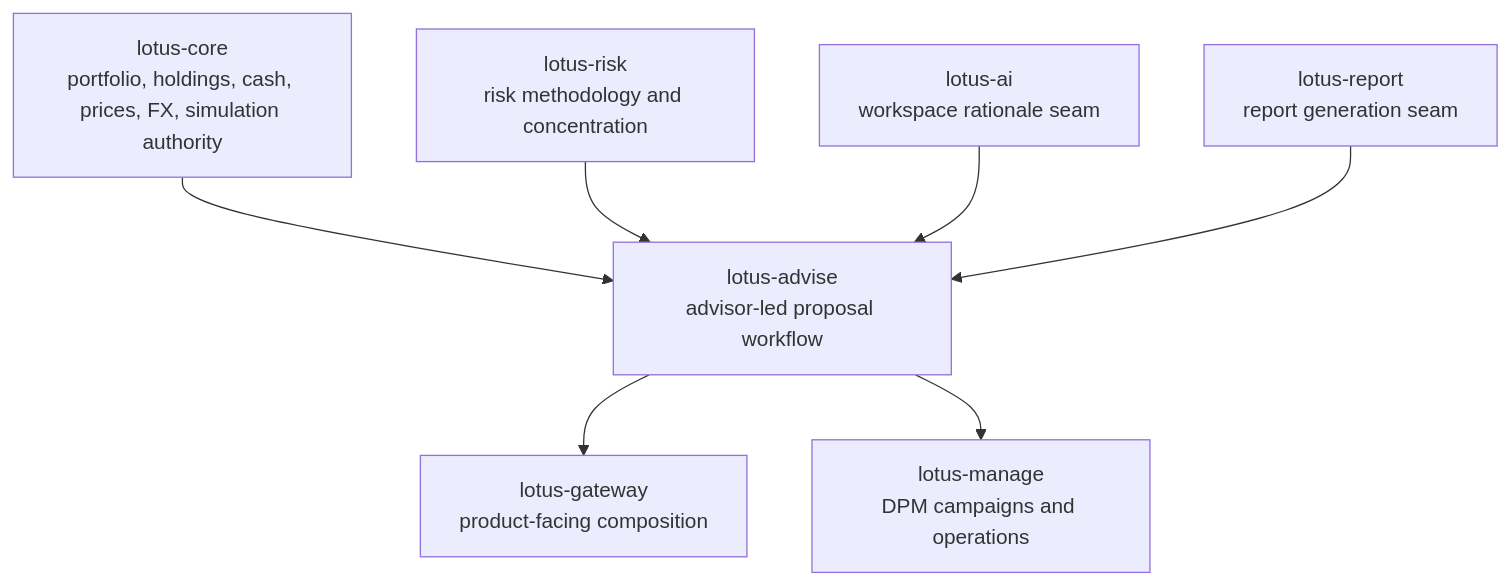
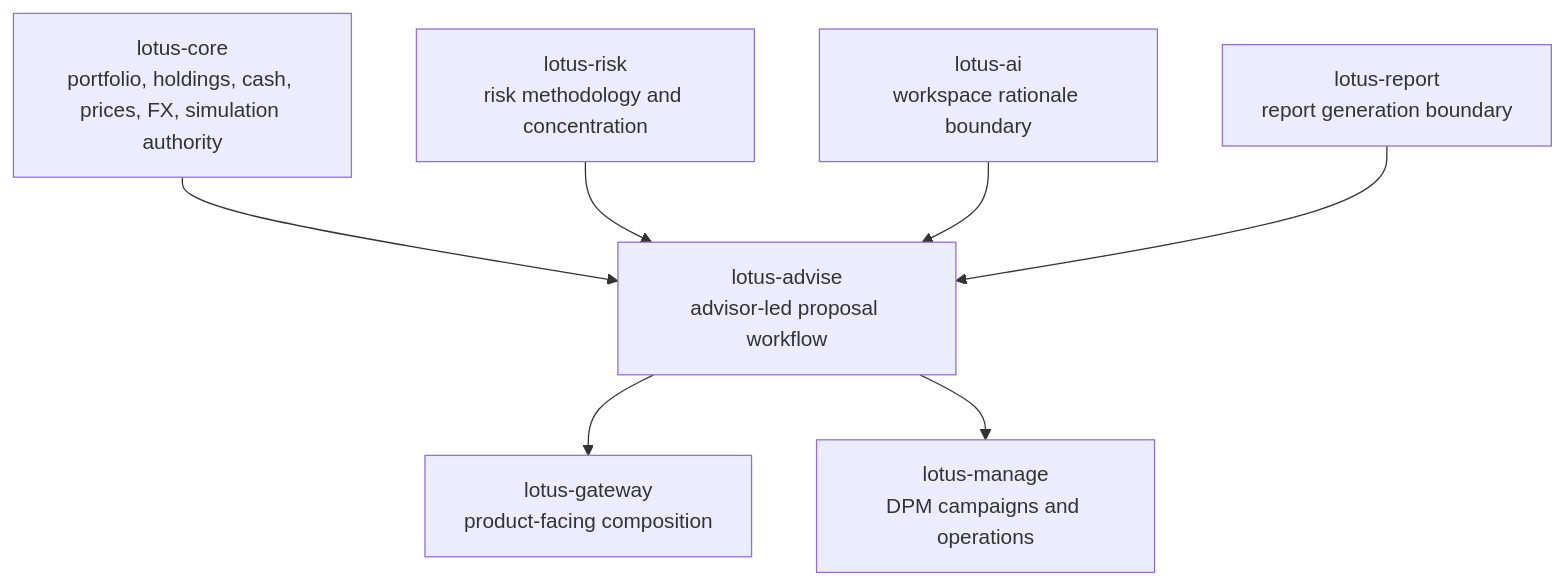
Before and after one commit to sgajbi/lotus-advise: the third of 3 diagrams in wiki/Supported-Features.md, drawn with Mermaid. The commit also changed other lines of this file and 7 other files, not shown here.

````diff
--- a/wiki/Supported-Features.md
+++ b/wiki/Supported-Features.md
@@ -143,17 +143,17 @@
 ```mermaid
 flowchart TB
     Core[lotus-core<br/>portfolio, holdings, cash, prices, FX, simulation authority]
     Risk[lotus-risk<br/>risk methodology and concentration]
     Advise[lotus-advise<br/>advisor-led proposal workflow]
     Gateway[lotus-gateway<br/>product-facing composition]
     Manage[lotus-manage<br/>DPM campaigns and operations]
-    AI[lotus-ai<br/>workspace rationale seam]
-    Report[lotus-report<br/>report generation seam]
+    AI[lotus-ai<br/>workspace rationale boundary]
+    Report[lotus-report<br/>report generation boundary]
 
     Core --> Advise
     Risk --> Advise
     AI --> Advise
     Report --> Advise
     Advise --> Gateway
     Advise --> Manage
 ```
````
